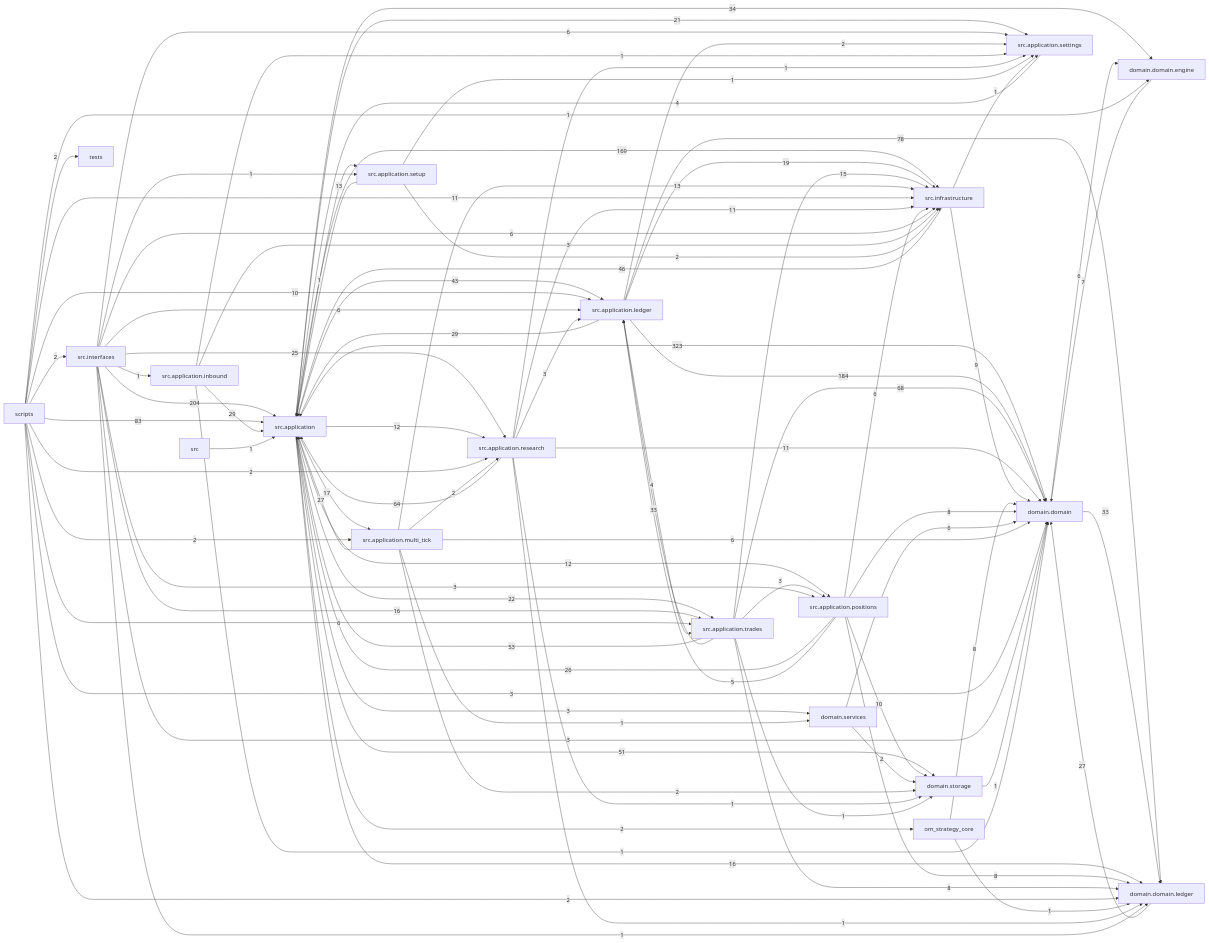
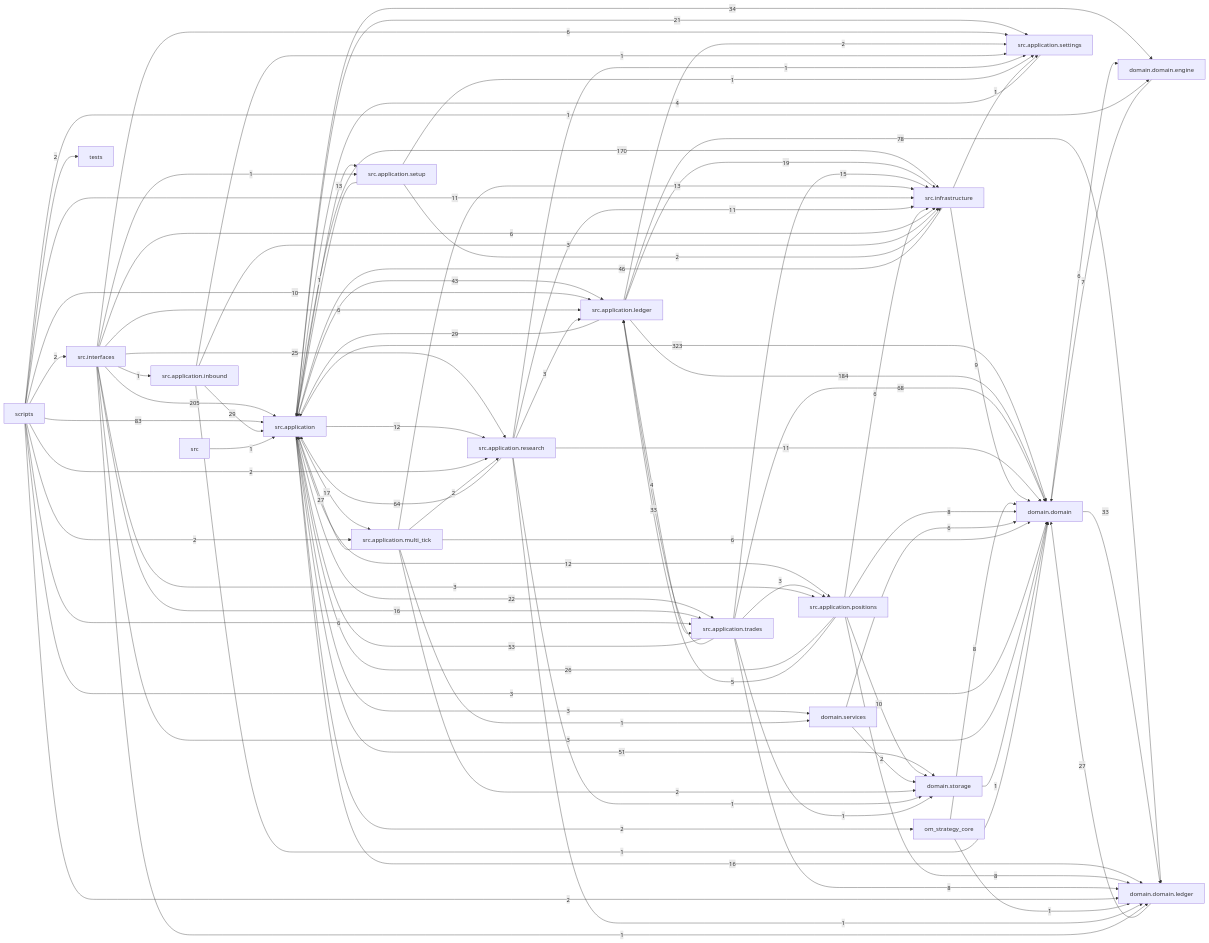
The diagram in docs/dependency_graph.mmd (liuxie066/options-monitor), drawn with Mermaid before and after one commit. The commit also changed 11 other files, not shown here.

```diff
--- a/docs/dependency_graph.mmd
+++ b/docs/dependency_graph.mmd
@@ -1,90 +1,90 @@
 flowchart LR
   src_application["src.application"] -->|323| domain_domain["domain.domain"]
-  src_interfaces["src.interfaces"] -->|204| src_application["src.application"]
+  src_interfaces["src.interfaces"] -->|205| src_application["src.application"]
   src_application_ledger["src.application.ledger"] -->|184| domain_domain["domain.domain"]
-  src_application["src.application"] -->|169| src_infrastructure["src.infrastructure"]
+  src_application["src.application"] -->|170| src_infrastructure["src.infrastructure"]
   scripts["scripts"] -->|83| src_application["src.application"]
   src_application_ledger["src.application.ledger"] -->|78| domain_domain_ledger["domain.domain.ledger"]
   src_application_trades["src.application.trades"] -->|68| domain_domain["domain.domain"]
   src_application_research["src.application.research"] -->|64| src_application["src.application"]
   src_application_trades["src.application.trades"] -->|53| src_application["src.application"]
   src_application["src.application"] -->|51| domain_storage["domain.storage"]
   src_infrastructure["src.infrastructure"] -->|46| src_application["src.application"]
   src_application["src.application"] -->|43| src_application_ledger["src.application.ledger"]
   src_application["src.application"] -->|34| domain_domain_engine["domain.domain.engine"]
   domain_domain["domain.domain"] -->|33| domain_domain_ledger["domain.domain.ledger"]
   src_application_trades["src.application.trades"] -->|33| src_application_ledger["src.application.ledger"]
   src_application_inbound["src.application.inbound"] -->|29| src_application["src.application"]
   src_application_ledger["src.application.ledger"] -->|29| src_application["src.application"]
   domain_domain_ledger["domain.domain.ledger"] -->|27| domain_domain["domain.domain"]
   src_application_multi_tick["src.application.multi_tick"] -->|27| src_application["src.application"]
   src_application_positions["src.application.positions"] -->|26| src_application["src.application"]
   src_interfaces["src.interfaces"] -->|25| src_application_research["src.application.research"]
   src_application["src.application"] -->|22| src_application_trades["src.application.trades"]
   src_application["src.application"] -->|21| src_application_settings["src.application.settings"]
   src_application_ledger["src.application.ledger"] -->|19| src_infrastructure["src.infrastructure"]
   src_application["src.application"] -->|17| src_application_multi_tick["src.application.multi_tick"]
   src_application["src.application"] -->|16| domain_domain_ledger["domain.domain.ledger"]
   src_interfaces["src.interfaces"] -->|16| src_application_trades["src.application.trades"]
   src_application_trades["src.application.trades"] -->|15| src_infrastructure["src.infrastructure"]
   src_application_multi_tick["src.application.multi_tick"] -->|13| src_infrastructure["src.infrastructure"]
   src_application_setup["src.application.setup"] -->|13| src_application["src.application"]
   src_application["src.application"] -->|12| src_application_positions["src.application.positions"]
   src_application["src.application"] -->|12| src_application_research["src.application.research"]
   scripts["scripts"] -->|11| src_infrastructure["src.infrastructure"]
   src_application_research["src.application.research"] -->|11| domain_domain["domain.domain"]
   src_application_research["src.application.research"] -->|11| src_infrastructure["src.infrastructure"]
   scripts["scripts"] -->|10| src_application_ledger["src.application.ledger"]
   src_application_positions["src.application.positions"] -->|10| domain_storage["domain.storage"]
   src_infrastructure["src.infrastructure"] -->|9| domain_domain["domain.domain"]
   om_strategy_core["om_strategy_core"] -->|8| domain_domain["domain.domain"]
   src_application_positions["src.application.positions"] -->|8| domain_domain["domain.domain"]
   src_application_positions["src.application.positions"] -->|8| domain_domain_ledger["domain.domain.ledger"]
   src_application_trades["src.application.trades"] -->|8| domain_domain_ledger["domain.domain.ledger"]
   domain_domain_engine["domain.domain.engine"] -->|7| domain_domain["domain.domain"]
   domain_domain["domain.domain"] -->|6| domain_domain_engine["domain.domain.engine"]
   domain_services["domain.services"] -->|6| domain_domain["domain.domain"]
   scripts["scripts"] -->|6| src_application_trades["src.application.trades"]
   src_application_multi_tick["src.application.multi_tick"] -->|6| domain_domain["domain.domain"]
   src_application_positions["src.application.positions"] -->|6| src_infrastructure["src.infrastructure"]
   src_interfaces["src.interfaces"] -->|6| src_application_ledger["src.application.ledger"]
   src_interfaces["src.interfaces"] -->|6| src_application_settings["src.application.settings"]
   src_interfaces["src.interfaces"] -->|6| src_infrastructure["src.infrastructure"]
   src_application_positions["src.application.positions"] -->|5| src_application_ledger["src.application.ledger"]
   src_application_ledger["src.application.ledger"] -->|4| src_application_trades["src.application.trades"]
   src_application_settings["src.application.settings"] -->|4| src_application["src.application"]
   scripts["scripts"] -->|3| domain_domain["domain.domain"]
   src_application["src.application"] -->|3| domain_services["domain.services"]
   src_application_inbound["src.application.inbound"] -->|3| src_infrastructure["src.infrastructure"]
   src_application_research["src.application.research"] -->|3| src_application_ledger["src.application.ledger"]
   src_application_trades["src.application.trades"] -->|3| src_application_positions["src.application.positions"]
   src_interfaces["src.interfaces"] -->|3| domain_domain["domain.domain"]
   src_interfaces["src.interfaces"] -->|3| src_application_positions["src.application.positions"]
   domain_services["domain.services"] -->|2| domain_storage["domain.storage"]
   scripts["scripts"] -->|2| domain_domain_ledger["domain.domain.ledger"]
   scripts["scripts"] -->|2| src_application_multi_tick["src.application.multi_tick"]
   scripts["scripts"] -->|2| src_application_research["src.application.research"]
   scripts["scripts"] -->|2| src_interfaces["src.interfaces"]
   scripts["scripts"] -->|2| tests["tests"]
   src_application["src.application"] -->|2| om_strategy_core["om_strategy_core"]
   src_application_ledger["src.application.ledger"] -->|2| src_application_settings["src.application.settings"]
   src_application_multi_tick["src.application.multi_tick"] -->|2| domain_storage["domain.storage"]
   src_application_multi_tick["src.application.multi_tick"] -->|2| src_application_research["src.application.research"]
   src_application_setup["src.application.setup"] -->|2| src_infrastructure["src.infrastructure"]
   domain_storage["domain.storage"] -->|1| domain_domain["domain.domain"]
   om_strategy_core["om_strategy_core"] -->|1| domain_domain_ledger["domain.domain.ledger"]
   scripts["scripts"] -->|1| domain_domain_engine["domain.domain.engine"]
   src["src"] -->|1| src_application["src.application"]
   src_application["src.application"] -->|1| src_application_setup["src.application.setup"]
   src_application_inbound["src.application.inbound"] -->|1| domain_domain["domain.domain"]
   src_application_inbound["src.application.inbound"] -->|1| src_application_settings["src.application.settings"]
   src_application_multi_tick["src.application.multi_tick"] -->|1| domain_services["domain.services"]
   src_application_research["src.application.research"] -->|1| domain_domain_ledger["domain.domain.ledger"]
   src_application_research["src.application.research"] -->|1| domain_storage["domain.storage"]
   src_application_research["src.application.research"] -->|1| src_application_settings["src.application.settings"]
   src_application_setup["src.application.setup"] -->|1| src_application_settings["src.application.settings"]
   src_application_trades["src.application.trades"] -->|1| domain_storage["domain.storage"]
   src_infrastructure["src.infrastructure"] -->|1| src_application_settings["src.application.settings"]
   src_interfaces["src.interfaces"] -->|1| domain_domain_ledger["domain.domain.ledger"]
   src_interfaces["src.interfaces"] -->|1| src_application_inbound["src.application.inbound"]
   src_interfaces["src.interfaces"] -->|1| src_application_setup["src.application.setup"]
```
